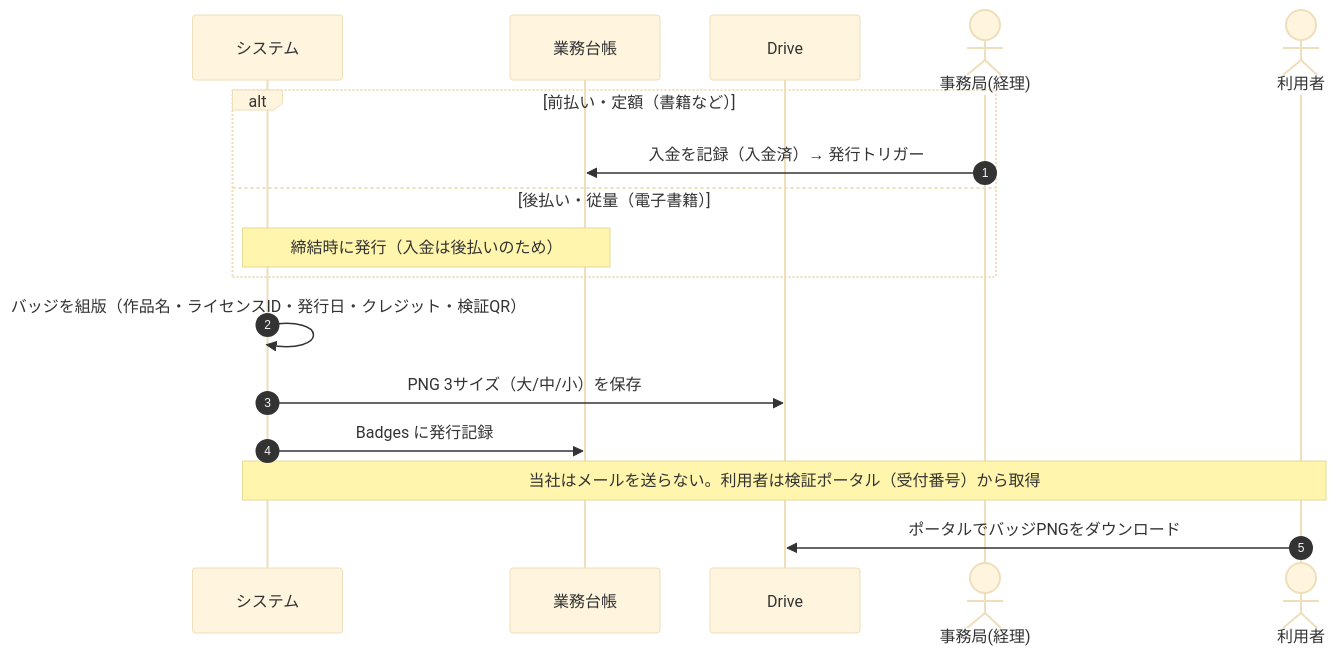
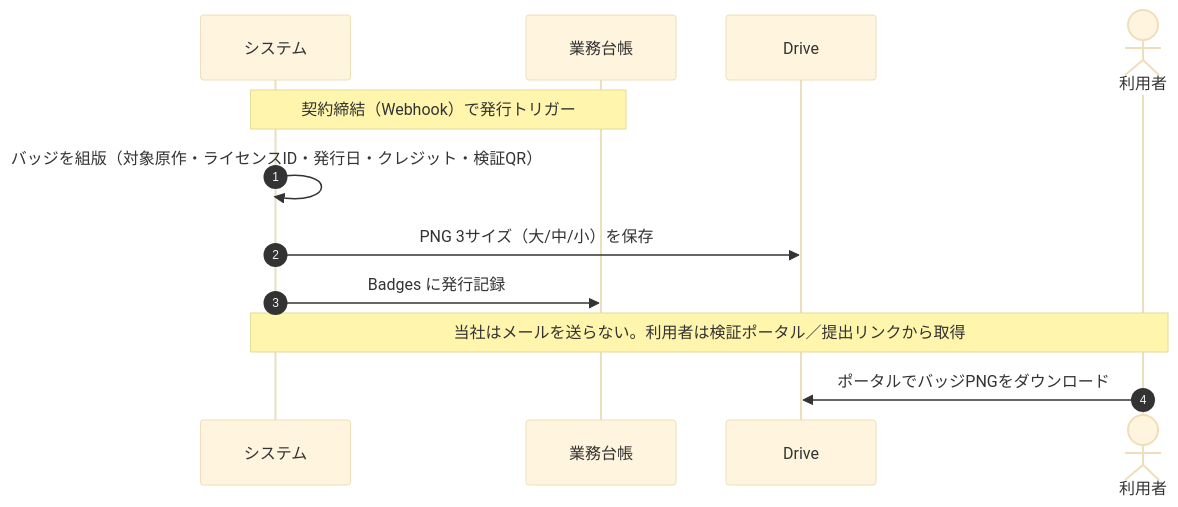
Before and after one commit to tatsuyakuramchi/SPLL: the sixth of 8 diagrams in docs/SPLL_業務フロー確認資料_v0.1.md, drawn with Mermaid (base theme). The commit also changed other lines of this file and 3 other files, not shown here.

````diff
--- a/docs/SPLL_業務フロー確認資料_v0.1.md
+++ b/docs/SPLL_業務フロー確認資料_v0.1.md
@@ -265,19 +231,14 @@
 ```mermaid
 sequenceDiagram
   autonumber
   participant SYS as システム
   participant DB as 業務台帳
   participant DR as Drive
-  actor OF as 事務局(経理)
   actor U as 利用者
-  alt 前払い・定額（書籍など）
-    OF->>DB: 入金を記録（入金済）→ 発行トリガー
-  else 後払い・従量（電子書籍）
-    Note over SYS,DB: 締結時に発行（入金は後払いのため）
-  end
-  SYS->>SYS: バッジを組版（作品名・ライセンスID・発行日・クレジット・検証QR）
+  Note over SYS,DB: 契約締結（Webhook）で発行トリガー
+  SYS->>SYS: バッジを組版（対象原作・ライセンスID・発行日・クレジット・検証QR）
   SYS->>DR: PNG 3サイズ（大/中/小）を保存
   SYS->>DB: Badges に発行記録
-  Note over SYS,U: 当社はメールを送らない。利用者は検証ポータル（受付番号）から取得
+  Note over SYS,U: 当社はメールを送らない。利用者は検証ポータル／提出リンクから取得
   U->>DR: ポータルでバッジPNGをダウンロード
 ```
````
